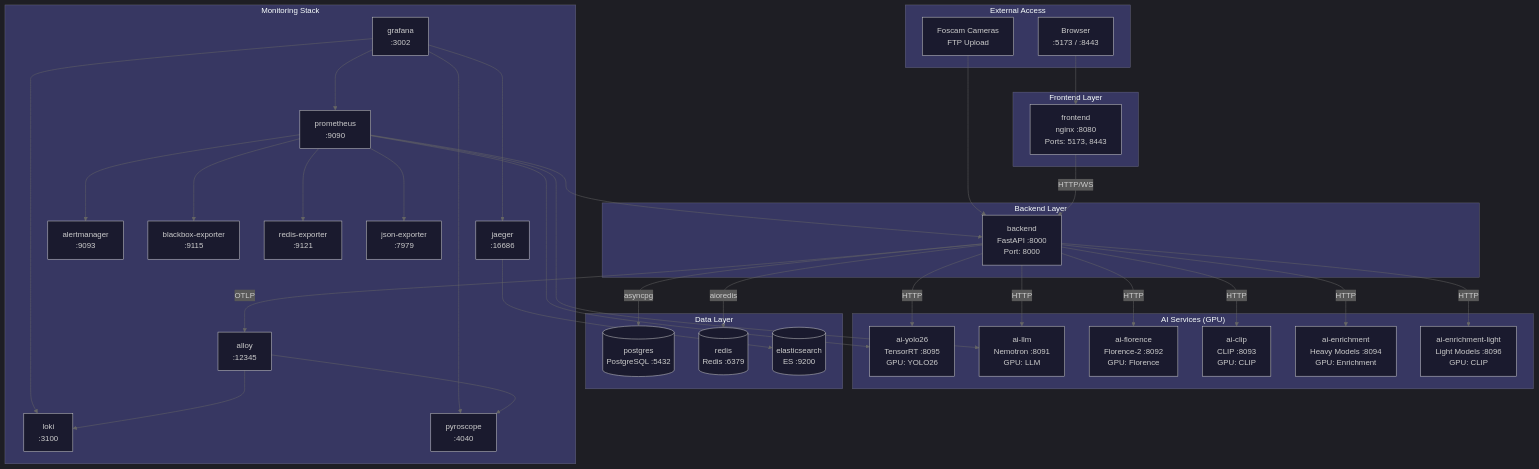
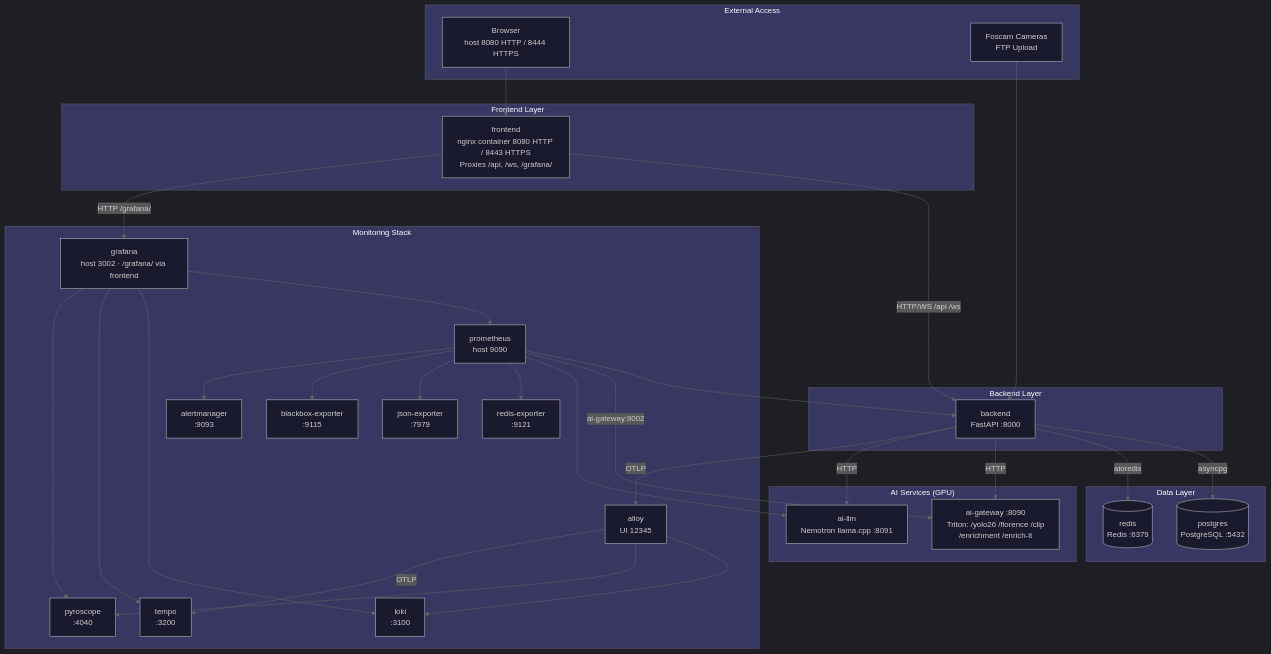
Before and after one commit to mikesvoboda/nemotron-v3-home-security-intelligence: the first of 2 diagrams in docs/operator/README.md, drawn with Mermaid. The commit also changed other lines of this file and 313 other files, not shown here.

````diff
--- a/docs/operator/README.md
+++ b/docs/operator/README.md
@@ -86,40 +88,35 @@
 }}%%
 flowchart TB
     subgraph External["External Access"]
-        Browser["Browser<br/>:5173 / :8443"]
+        Browser["Browser<br/>host 8080 HTTP / 8444 HTTPS"]
         Camera["Foscam Cameras<br/>FTP Upload"]
     end
 
     subgraph Frontend["Frontend Layer"]
-        FE["frontend<br/>nginx :8080<br/>Ports: 5173, 8443"]
+        FE["frontend<br/>nginx container 8080 HTTP / 8443 HTTPS<br/>Proxies /api, /ws, /grafana/"]
     end
 
     subgraph Backend["Backend Layer"]
-        BE["backend<br/>FastAPI :8000<br/>Port: 8000"]
+        BE["backend<br/>FastAPI :8000"]
     end
 
     subgraph AI["AI Services (GPU)"]
-        YOLO["ai-yolo26<br/>TensorRT :8095<br/>GPU: YOLO26"]
-        LLM["ai-llm<br/>Nemotron :8091<br/>GPU: LLM"]
-        FLOR["ai-florence<br/>Florence-2 :8092<br/>GPU: Florence"]
-        CLIP["ai-clip<br/>CLIP :8093<br/>GPU: CLIP"]
-        ENR["ai-enrichment<br/>Heavy Models :8094<br/>GPU: Enrichment"]
-        ENRL["ai-enrichment-light<br/>Light Models :8096<br/>GPU: CLIP"]
+        GW["ai-gateway :8090<br/>Triton: /yolo26 /florence /clip<br/>/enrichment /enrich-lt"]
+        LLM["ai-llm<br/>Nemotron llama.cpp :8091"]
     end
 
     subgraph Data["Data Layer"]
         PG[("postgres<br/>PostgreSQL :5432")]
         RD[("redis<br/>Redis :6379")]
-        ES[("elasticsearch<br/>ES :9200")]
     end
 
     subgraph Monitoring["Monitoring Stack"]
-        PROM["prometheus<br/>:9090"]
-        GRAF["grafana<br/>:3002"]
-        JAEG["jaeger<br/>:16686"]
+        PROM["prometheus<br/>host 9090"]
+        GRAF["grafana<br/>host 3002 · /grafana/ via frontend"]
+        TEMPO["tempo<br/>:3200"]
         LOKI["loki<br/>:3100"]
         PYRO["pyroscope<br/>:4040"]
-        ALLOY["alloy<br/>:12345"]
+        ALLOY["alloy<br/>UI 12345"]
         AM["alertmanager<br/>:9093"]
         BB["blackbox-exporter<br/>:9115"]
         RE["redis-exporter<br/>:9121"]
@@ -130,24 +127,21 @@
     Browser --> FE
     Camera --> BE
 
-    %% Frontend to Backend
-    FE -->|"HTTP/WS"| BE
+    %% Frontend proxies to Backend
+    FE -->|"HTTP/WS /api /ws"| BE
+    FE -->|"HTTP /grafana/"| GRAF
 
     %% Backend to Data
     BE -->|"asyncpg"| PG
     BE -->|"aioredis"| RD
 
     %% Backend to AI Services
-    BE -->|"HTTP"| YOLO
+    BE -->|"HTTP"| GW
     BE -->|"HTTP"| LLM
-    BE -->|"HTTP"| FLOR
-    BE -->|"HTTP"| CLIP
-    BE -->|"HTTP"| ENR
-    BE -->|"HTTP"| ENRL
 
     %% Monitoring connections
     PROM --> BE
-    PROM --> YOLO
+    PROM -->|"ai-gateway:8002"| GW
     PROM --> LLM
     PROM --> RE
     PROM --> JE
@@ -155,10 +149,10 @@
     PROM --> AM
     GRAF --> PROM
     GRAF --> LOKI
-    GRAF --> JAEG
+    GRAF --> TEMPO
     GRAF --> PYRO
-    JAEG --> ES
     ALLOY --> LOKI
     ALLOY --> PYRO
+    ALLOY -->|"OTLP"| TEMPO
     BE -->|"OTLP"| ALLOY
 ```
````
